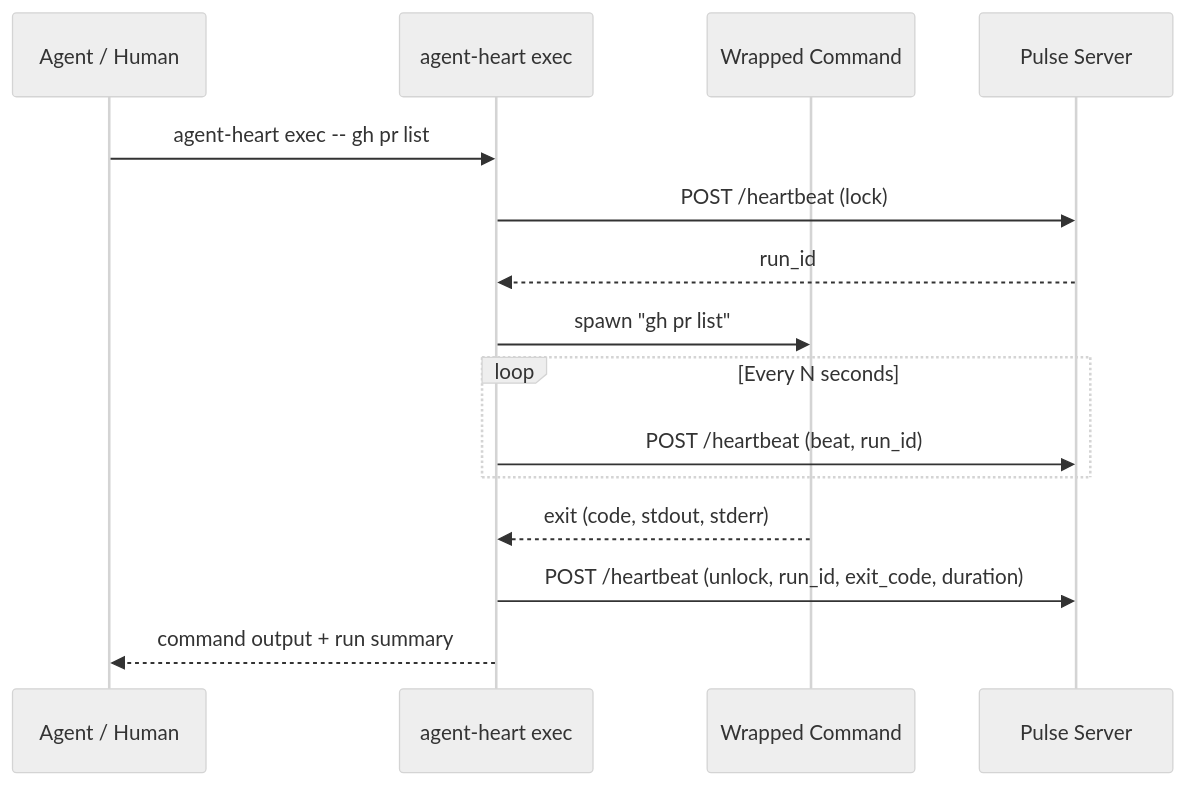
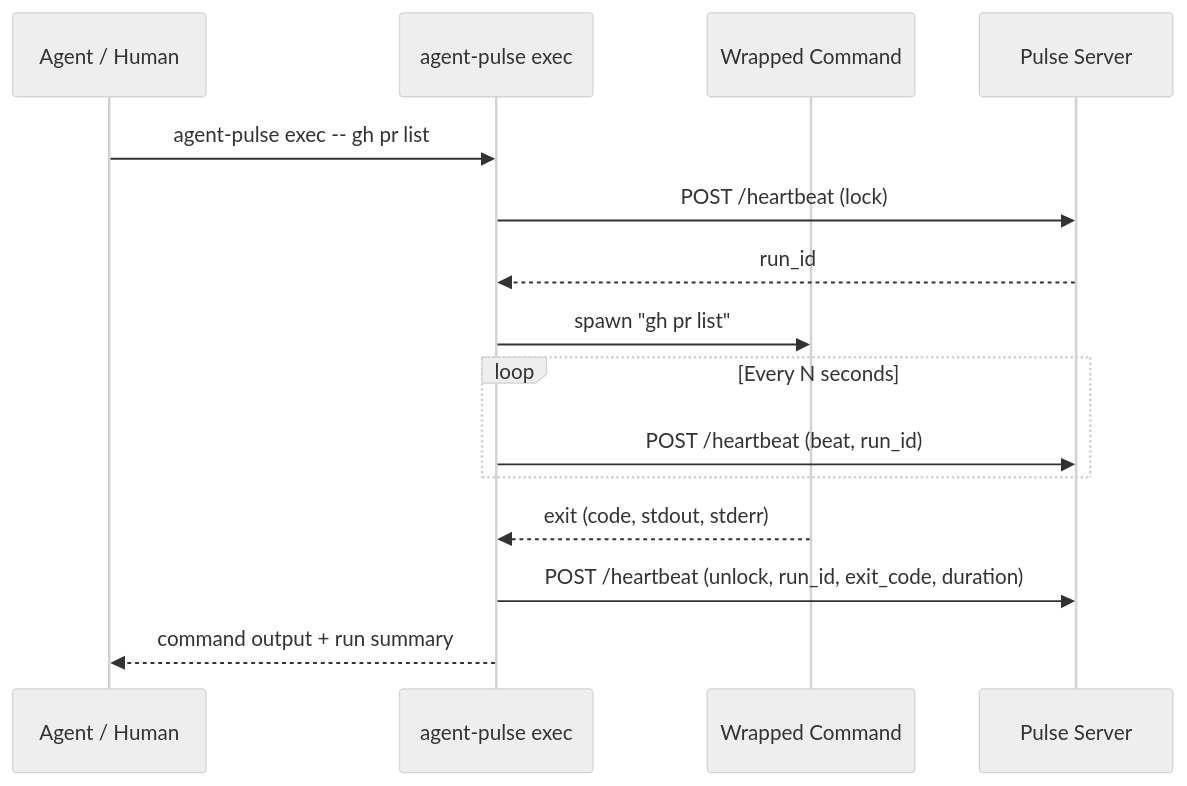
The second of 2 diagrams in docs/architecture.md (eggy-sh/agent-pulse), drawn with Mermaid (neutral theme) before and after one commit. The commit also changed other lines of this file and 22 other files, not shown here.

````diff
--- a/docs/architecture.md
+++ b/docs/architecture.md
@@ -229,20 +229,20 @@
 ```mermaid
 sequenceDiagram
     participant User as Agent / Human
-    participant CLI as agent-heart exec
+    participant CLI as agent-pulse exec
     participant Cmd as Wrapped Command
     participant API as Pulse Server
 
-    User->>CLI: agent-heart exec -- gh pr list
+    User->>CLI: agent-pulse exec -- gh pr list
     CLI->>API: POST /heartbeat (lock)
     API-->>CLI: run_id
     CLI->>Cmd: spawn "gh pr list"
 
     loop Every N seconds
         CLI->>API: POST /heartbeat (beat, run_id)
     end
 
     Cmd-->>CLI: exit (code, stdout, stderr)
     CLI->>API: POST /heartbeat (unlock, run_id, exit_code, duration)
     CLI-->>User: command output + run summary
 ```
````
